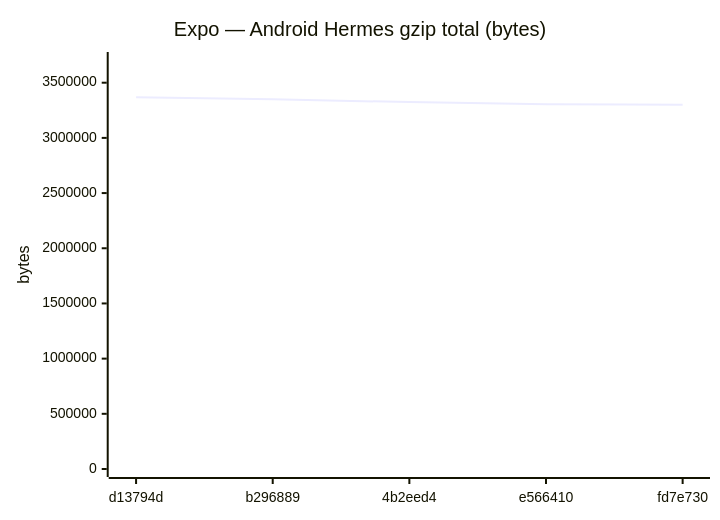
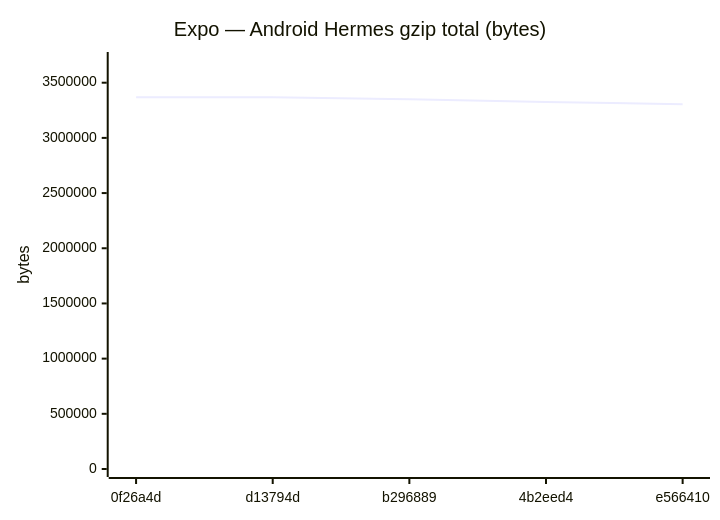
Diagram 11 of 18 in benchmarks/compare.md (Metaheurist/Rianell), drawn with Mermaid before and after one commit. The commit also changed other lines of this file and 11 other files, not shown here.

````diff
--- a/benchmarks/compare.md
+++ b/benchmarks/compare.md
@@ -172,7 +172,7 @@
 ```mermaid
 xychart-beta
     title "Expo — Android Hermes gzip total (bytes)"
-    x-axis ["d13794d", "b296889", "4b2eed4", "e566410", "fd7e730"]
+    x-axis ["0f26a4d", "d13794d", "b296889", "4b2eed4", "e566410"]
     y-axis "bytes" 0 --> 3705748
-    line [3368861, 3349208, 3324082, 3305549, 3300038]
+    line [3368860, 3368861, 3349208, 3324082, 3305549]
 ```
````
